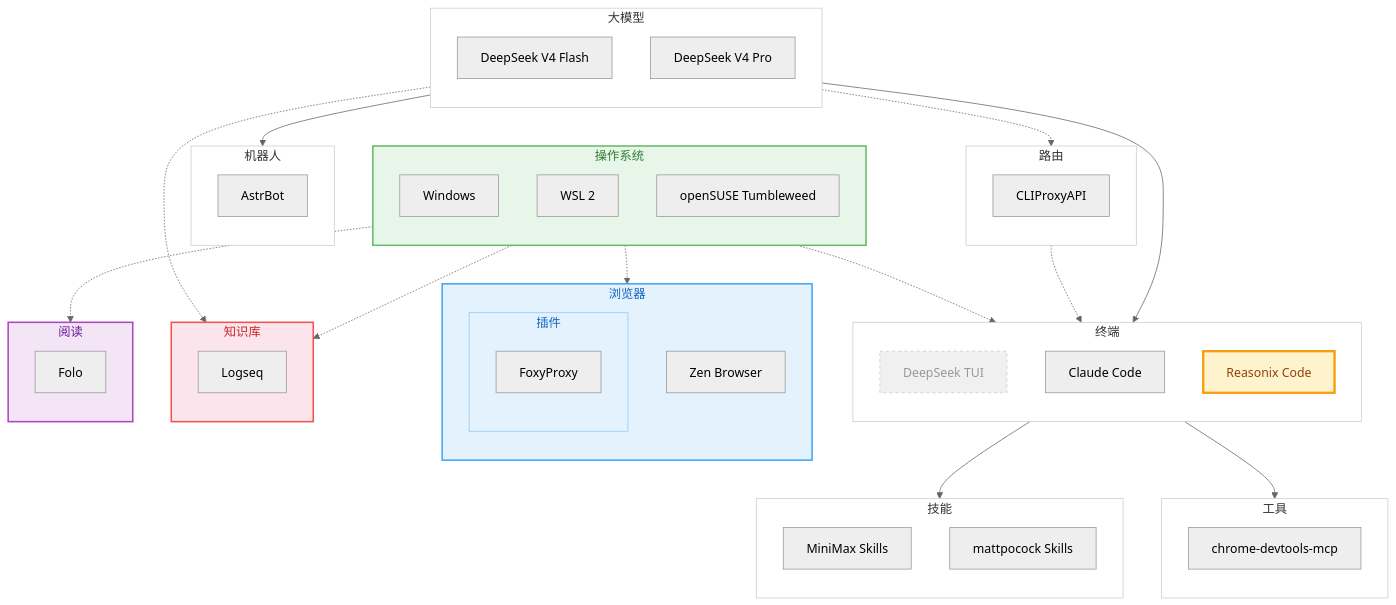
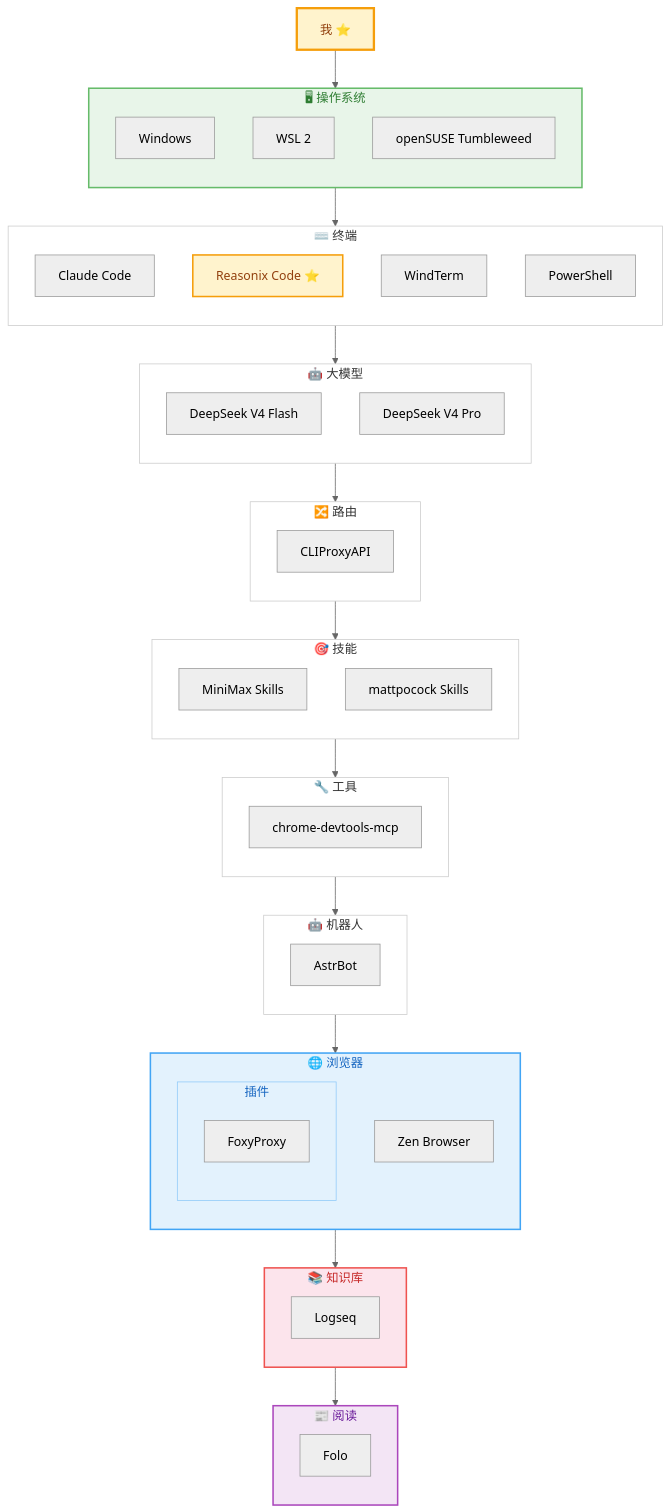
Before and after one commit to yuanxin518/ai-path: the diagram in README.md, drawn with Mermaid (neutral theme). The commit also changed other lines of this file, not shown here.

Commit message:
refactor: 线性链路，每个节点一入一出，以我开头

````diff
--- a/README.md
+++ b/README.md
@@ -23,68 +23,59 @@
 ```mermaid
 flowchart TD
-    subgraph N00["大模型"]
+    ME["我 ⭐"]
+    style ME fill:#fff3cd,stroke:#f59e0b,stroke-width:3px,color:#92400e
+
+    subgraph N00["🖥 操作系统"]
+        direction TB
+        WIN["Windows"]
+        WSL2["WSL 2"]
+        SUSE["openSUSE Tumbleweed"]
+    end
+    style N00 fill:#e8f5e9,stroke:#66bb6a,stroke-width:2px,color:#2e7d32
+
+    subgraph N01["⌨️ 终端"]
+        direction TB
+        CC["Claude Code"]
+        RX["Reasonix Code ⭐"]
+        WT["WindTerm"]
+        PS["PowerShell"]
+    end
+    style RX fill:#fff3cd,stroke:#f59e0b,stroke-width:2px,color:#92400e
+    style N01 fill:#ffffff,stroke:#cccccc,stroke-width:1px,color:#333333
+
+    subgraph N02["🤖 大模型"]
         direction TB
         DS1["DeepSeek V4 Flash"]
         DS2["DeepSeek V4 Pro"]
     end
-    style N00 fill:#ffffff,stroke:#cccccc,stroke-width:1px,color:#333333
+    style N02 fill:#ffffff,stroke:#cccccc,stroke-width:1px,color:#333333
 
-    subgraph N01["路由"]
+    subgraph N03["🔀 路由"]
         direction TB
         CPA["CLIProxyAPI"]
     end
-    style N01 fill:#ffffff,stroke:#cccccc,stroke-width:1px,color:#333333
+    style N03 fill:#ffffff,stroke:#cccccc,stroke-width:1px,color:#333333
 
-    subgraph N02["终端"]
-        direction TB
-        TUI["DeepSeek TUI"]
-        CC["Claude Code"]
-        RX["Reasonix Code"]
-    end
-    style TUI fill:#f0f0f0,stroke:#cccccc,stroke-width:1px,stroke-dasharray:4 4,color:#999999
-    style RX fill:#fff3cd,stroke:#f59e0b,stroke-width:3px,color:#92400e
-    style N02 fill:#ffffff,stroke:#cccccc,stroke-width:1px,color:#333333
-
-    subgraph N03["技能"]
+    subgraph N04["🎯 技能"]
         direction TB
         MSK["MiniMax Skills"]
         PSK["mattpocock Skills"]
     end
-    style N03 fill:#ffffff,stroke:#cccccc,stroke-width:1px,color:#333333
+    style N04 fill:#ffffff,stroke:#cccccc,stroke-width:1px,color:#333333
 
-    subgraph N04["工具"]
+    subgraph N05["🔧 工具"]
         direction TB
         CDM["chrome-devtools-mcp"]
     end
-    style N04 fill:#ffffff,stroke:#cccccc,stroke-width:1px,color:#333333
+    style N05 fill:#ffffff,stroke:#cccccc,stroke-width:1px,color:#333333
 
-    subgraph N05["机器人"]
+    subgraph N06["🤖 机器人"]
         direction TB
         AB["AstrBot"]
     end
-    style N05 fill:#ffffff,stroke:#cccccc,stroke-width:1px,color:#333333
+    style N06 fill:#ffffff,stroke:#cccccc,stroke-width:1px,color:#333333
 
-    N00 --> N02
-    N00 -.-> N01
-    N01 -.-> N02
-    N02 --> N03
-    N02 --> N04
-    N00 --> N05
-
-    subgraph N06["操作系统"]
-        direction TB
-        WIN["Windows"]
-        WSL2_["WSL 2"]
-        SUSE["openSUSE Tumbleweed"]
-    end
-    style N06 fill:#e8f5e9,stroke:#66bb6a,stroke-width:2px,color:#2e7d32
-
-    N06 -.-> N02
-    N06 -.-> N07
-    N06 -.-> N08
-    N06 -.-> N09
-
-    subgraph N07["浏览器"]
+    subgraph N07["🌐 浏览器"]
         direction TB
         ZB["Zen Browser"]
         subgraph N07_P["插件"]
@@ -95,17 +86,26 @@
     end
     style N07 fill:#e3f2fd,stroke:#42a5f5,stroke-width:2px,color:#1565c0
 
-    subgraph N08["知识库"]
+    subgraph N08["📚 知识库"]
         direction TB
         LOGSEQ["Logseq"]
     end
     style N08 fill:#fce4ec,stroke:#ef5350,stroke-width:2px,color:#c62828
 
-    N00 -.-> N08
-
-    subgraph N09["阅读"]
+    subgraph N09["📰 阅读"]
         direction TB
         FOLO["Folo"]
     end
     style N09 fill:#f3e5f5,stroke:#ab47bc,stroke-width:2px,color:#6a1b9a
+
+    ME --> N00
+    N00 --> N01
+    N01 --> N02
+    N02 --> N03
+    N03 --> N04
+    N04 --> N05
+    N05 --> N06
+    N06 --> N07
+    N07 --> N08
+    N08 --> N09
 ```
````
